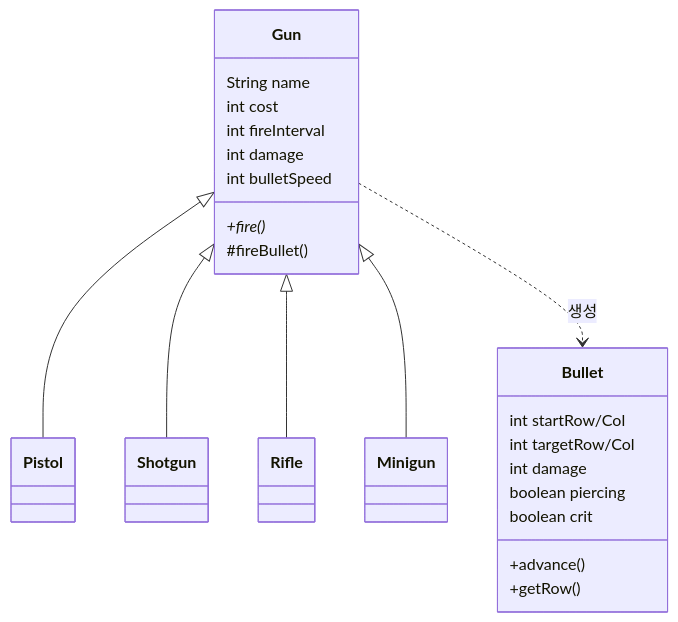
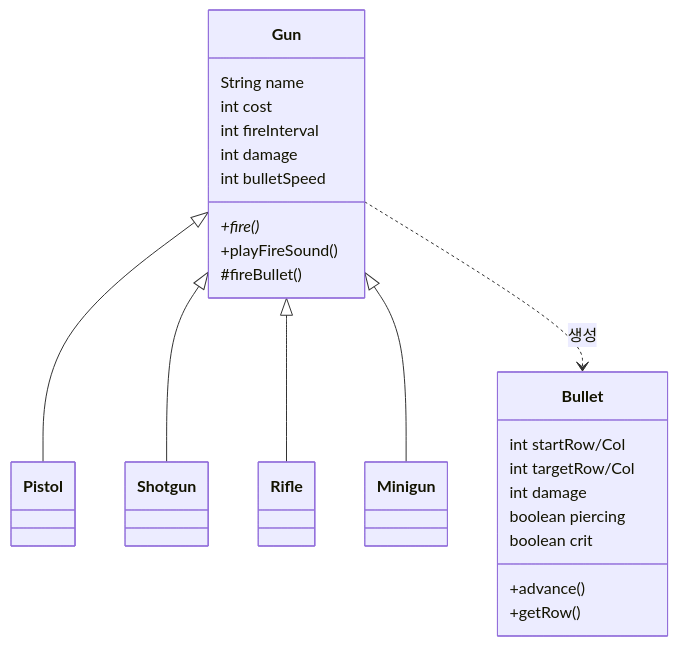
One commit to weweweme/teamnova_basic_class changed the fifth of 12 diagrams in week6/CLAUDE.md. Above: the diagram before and after it, drawn with Mermaid. The commit also changed other lines of this file and 3 other files, not shown here.

````diff
--- a/week6/CLAUDE.md
+++ b/week6/CLAUDE.md
@@ -252,27 +280,28 @@
 ```mermaid
 classDiagram
     Gun <|-- Pistol
     Gun <|-- Shotgun
     Gun <|-- Rifle
     Gun <|-- Minigun
     Gun ..> Bullet : 생성
 
     class Gun {
         String name
         int cost
         int fireInterval
         int damage
         int bulletSpeed
         +fire()*
+        +playFireSound()
         #fireBullet()
     }
     class Bullet {
         int startRow/Col
         int targetRow/Col
         int damage
         boolean piercing
         boolean crit
         +advance()
         +getRow()
     }
 ```
````
